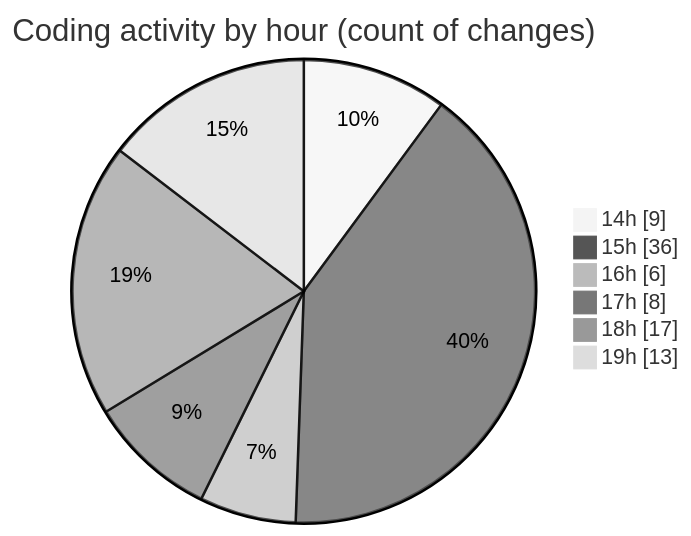
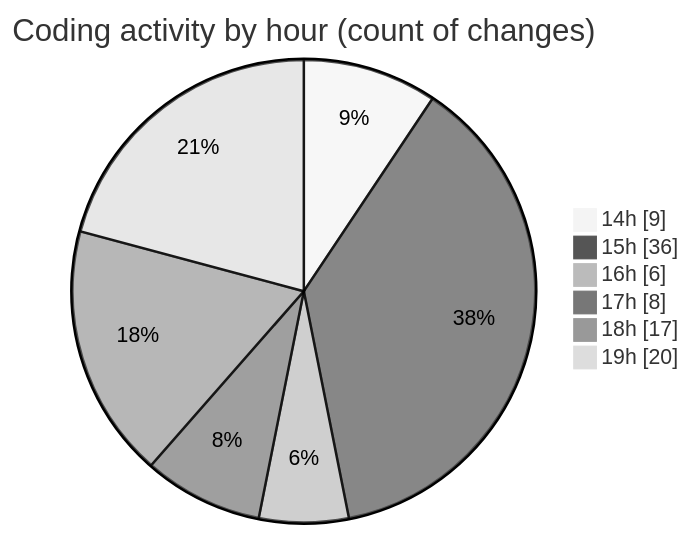
One commit to Ritupan-Deka/code-tracking changed the second of 2 diagrams in 2025-06-17/projects/README.md. Above: the diagram before and after it, drawn with Mermaid (neutral theme). The commit also changed other lines of this file and 1 other file, not shown here.

````diff
--- a/2025-06-17/projects/README.md
+++ b/2025-06-17/projects/README.md
@@ -29,10 +29,10 @@
 ```mermaid
 pie showData
 title Coding activity by hour (count of changes)
 "14h" : 9
 "15h" : 36
 "16h" : 6
 "17h" : 8
 "18h" : 17
-"19h" : 13
+"19h" : 20
 ```
````
